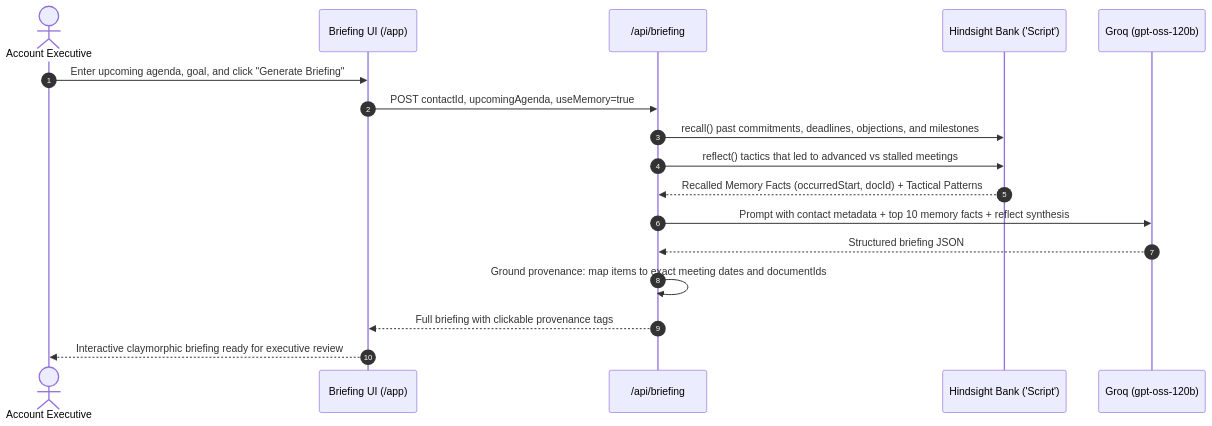
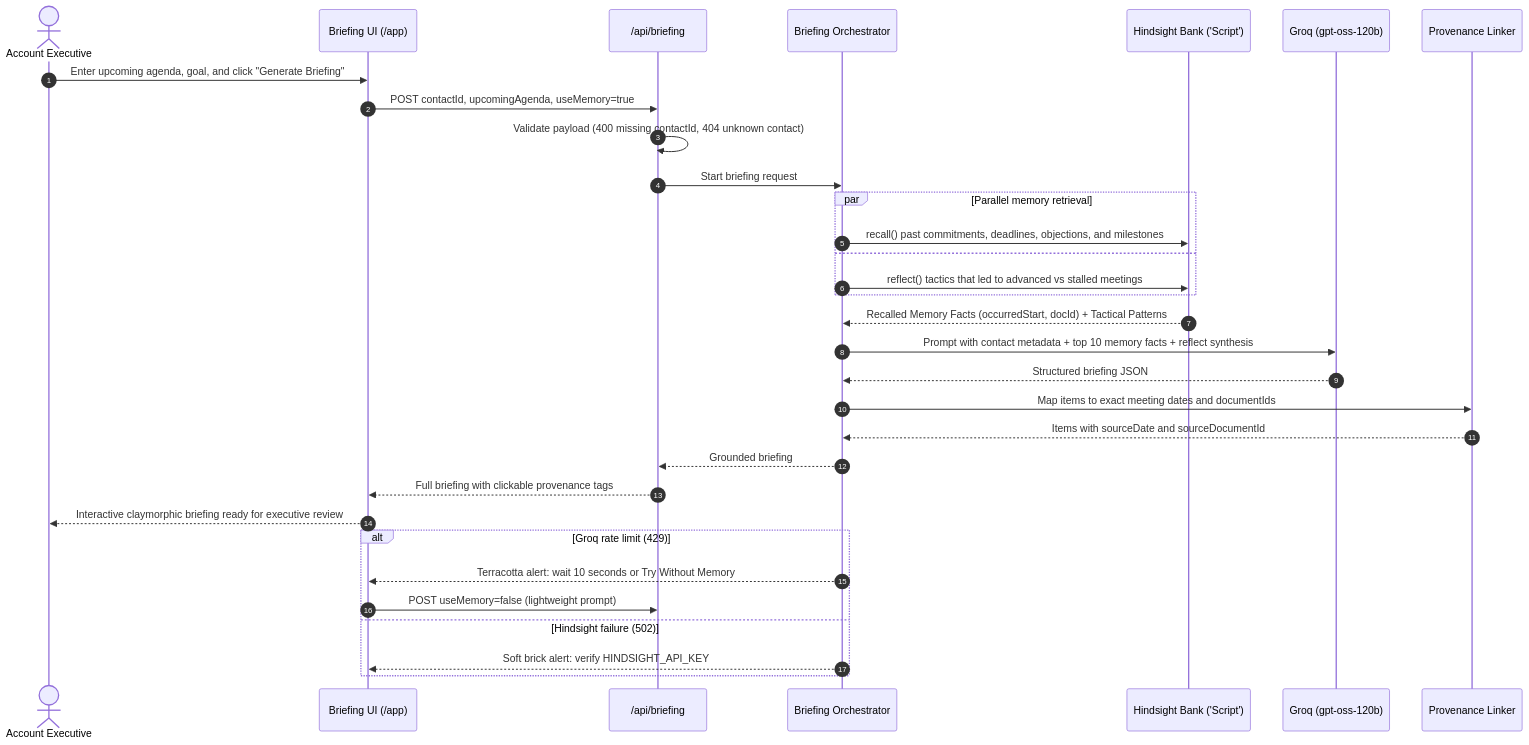
Before and after one commit to potnuruteja115/HACK-WITH-BANGALORE-4.0: the third of 3 diagrams in README.md, drawn with Mermaid. The commit also changed other lines of this file, not shown here.

````diff
--- a/README.md
+++ b/README.md
@@ -128,20 +161,38 @@
 ```mermaid
 sequenceDiagram
     autonumber
     actor User as Account Executive
     participant App as Briefing UI (/app)
     participant API as /api/briefing
+    participant Svc as Briefing Orchestrator
     participant HS as Hindsight Bank ('Script')
     participant Groq as Groq (gpt-oss-120b)
+    participant Prov as Provenance Linker
 
     User->>App: Enter upcoming agenda, goal, and click "Generate Briefing"
     App->>API: POST contactId, upcomingAgenda, useMemory=true
-    API->>HS: recall() past commitments, deadlines, objections, and milestones
-    API->>HS: reflect() tactics that led to advanced vs stalled meetings
-    HS-->>API: Recalled Memory Facts (occurredStart, docId) + Tactical Patterns
-    API->>Groq: Prompt with contact metadata + top 10 memory facts + reflect synthesis
-    Groq-->>API: Structured briefing JSON
-    API->>API: Ground provenance: map items to exact meeting dates and documentIds
+    API->>API: Validate payload (400 missing contactId, 404 unknown contact)
+    API->>Svc: Start briefing request
+
+    par Parallel memory retrieval
+        Svc->>HS: recall() past commitments, deadlines, objections, and milestones
+    and
+        Svc->>HS: reflect() tactics that led to advanced vs stalled meetings
+    end
+
+    HS-->>Svc: Recalled Memory Facts (occurredStart, docId) + Tactical Patterns
+    Svc->>Groq: Prompt with contact metadata + top 10 memory facts + reflect synthesis
+    Groq-->>Svc: Structured briefing JSON
+    Svc->>Prov: Map items to exact meeting dates and documentIds
+    Prov-->>Svc: Items with sourceDate and sourceDocumentId
+    Svc-->>API: Grounded briefing
     API-->>App: Full briefing with clickable provenance tags
     App-->>User: Interactive claymorphic briefing ready for executive review
+
+    alt Groq rate limit (429)
+        Svc-->>App: Terracotta alert: wait 10 seconds or Try Without Memory
+        App->>API: POST useMemory=false (lightweight prompt)
+    else Hindsight failure (502)
+        Svc-->>App: Soft brick alert: verify HINDSIGHT_API_KEY
+    end
 ```
````
